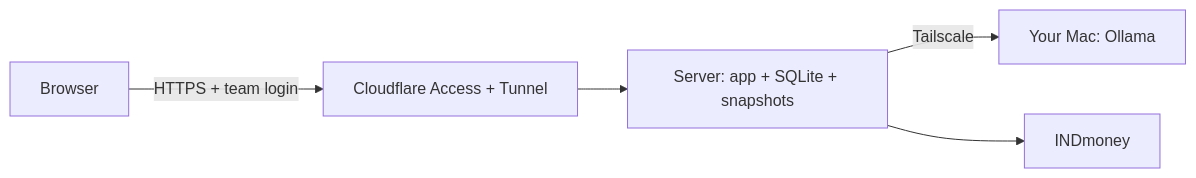
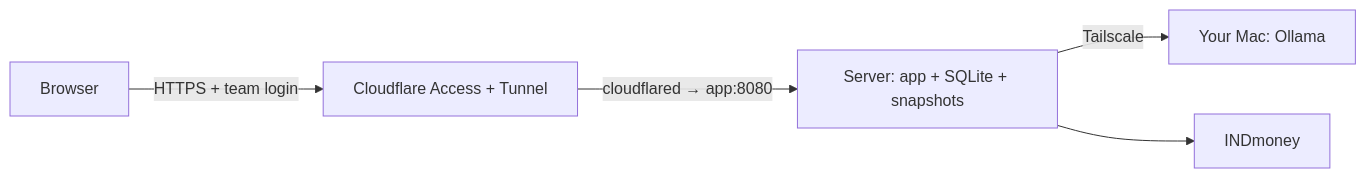
Before and after one commit to Nishaanth419/CAMode: the third of 3 diagrams in README.md, drawn with Mermaid. The commit also changed other lines of this file and 10 other files, not shown here.

````diff
--- a/README.md
+++ b/README.md
@@ -162,7 +86,7 @@
 ```mermaid
 flowchart LR
     Browser -->|"HTTPS + team login"| CF["Cloudflare Access + Tunnel"]
-    CF --> App["Server: app + SQLite + snapshots"]
+    CF -->|"cloudflared → app:8080"| App["Server: app + SQLite + snapshots"]
     App -->|"Tailscale"| Mac["Your Mac: Ollama"]
     App --> IND["INDmoney"]
 ```
````
